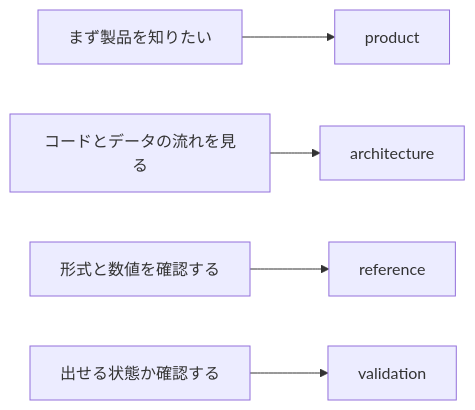
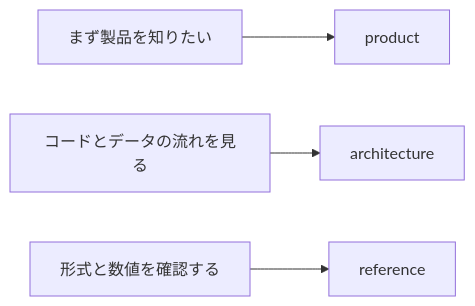
One commit to habinsong/negaflow changed the diagram in docs/ja/README.md. Above: the diagram before and after it, drawn with Mermaid. The commit also changed other lines of this file and 171 other files, not shown here.

````diff
--- a/docs/ja/README.md
+++ b/docs/ja/README.md
@@ -8,7 +8,6 @@
 ```mermaid
 flowchart LR
     A["まず製品を知りたい"] --> P["product"]
     B["コードとデータの流れを見る"] --> R["architecture"]
     C["形式と数値を確認する"] --> S["reference"]
-    D["出せる状態か確認する"] --> V["validation"]
 ```
````
